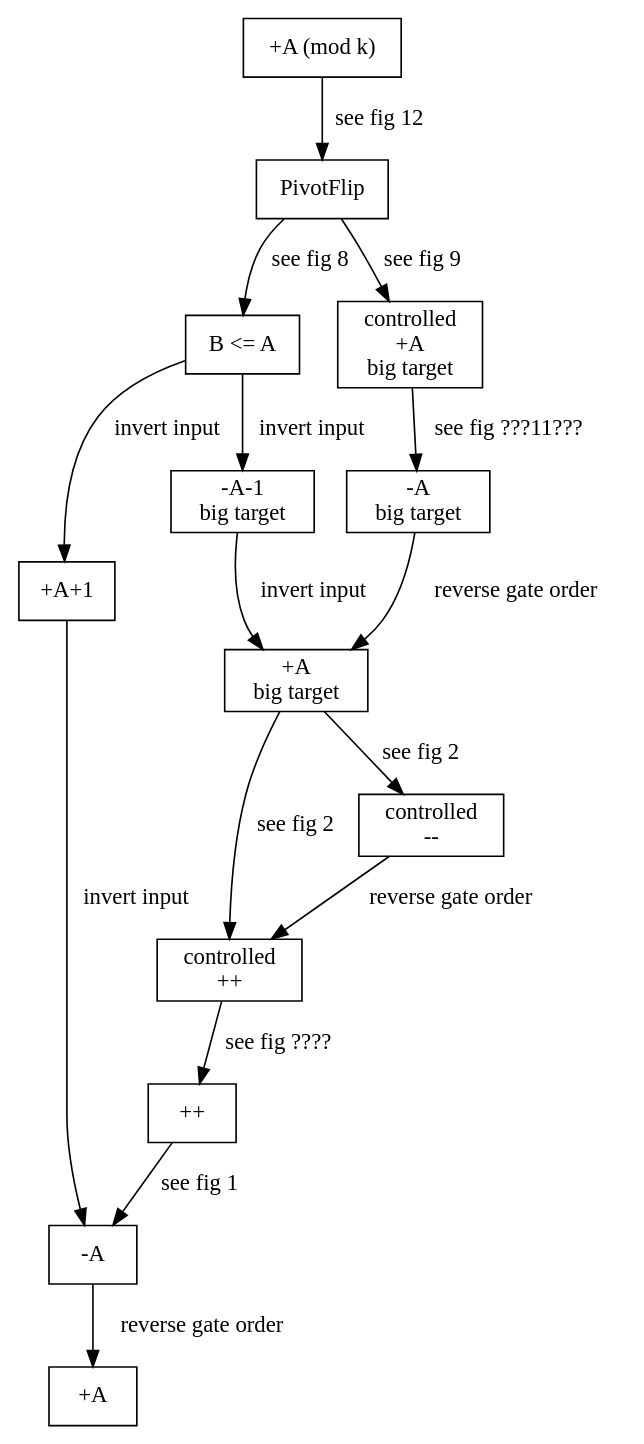
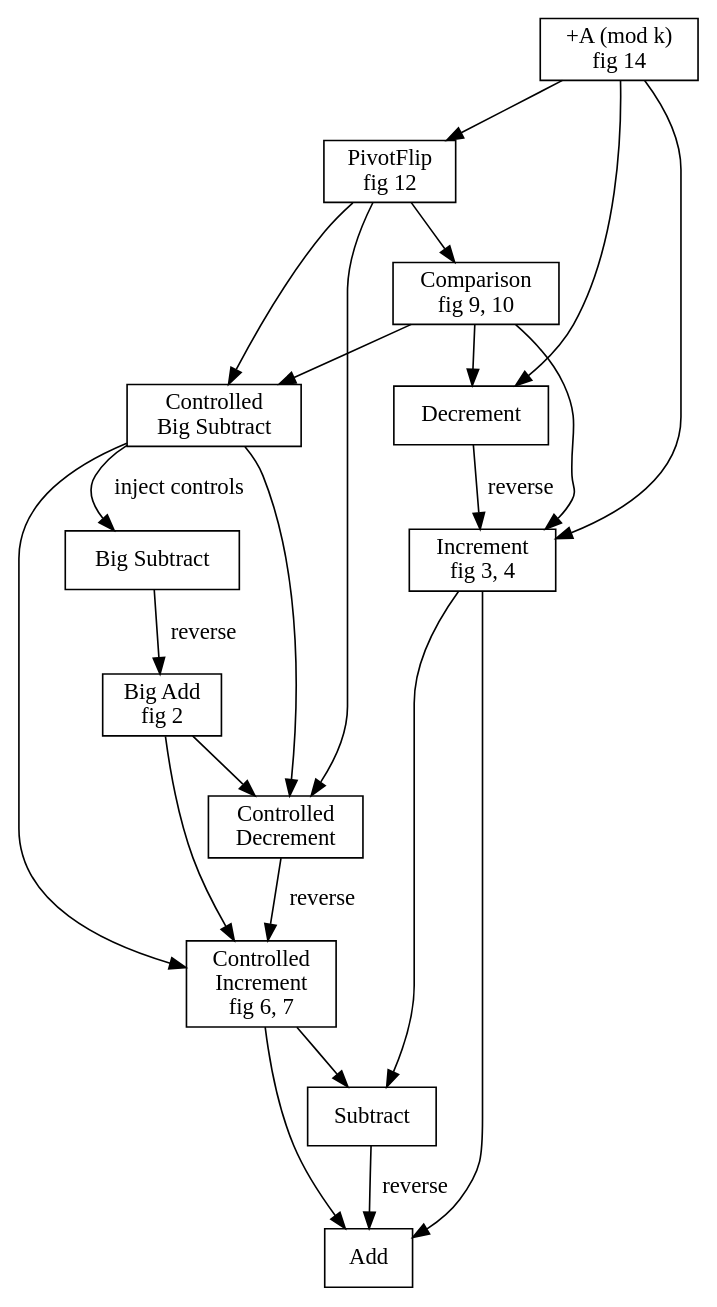
One commit to Strilanc/PaperImpl-2017-DirtyPeriodFinding changed the diagram in modular-add-graph.gv. Above: the diagram before and after it, drawn with Graphviz. The commit also changed other lines of this file and 8 other files, not shown here.

```diff
--- a/modular-add-graph.gv
+++ b/modular-add-graph.gv
@@ -1,61 +1,60 @@
 digraph G {
   node [shape=box]
-  ModularAddition [label="+A (mod k)"]
-  PivotFlip [label="PivotFlip"]
-  LessOrEqual [label="B <= A"]
-  AddAndIncrement [label="+A+1"]
-  Subtract [label="-A"]
-  Add [label="+A"]
-  ControlledBigSubtract [label="controlled\n+A\nbig target"]
-  BigSubtract [label="-A\nbig target"]
-  BigAdd [label="+A\nbig target"]
-  ControlledIncrement [label="controlled\n++"]
-  ControlledDecrement [label="controlled\n--"]
-  Increment [label="++"]
-  BigSubtractAndDecrement [label="-A-1\nbig target"]
+  ModularAddition [label="+A (mod k)\nfig 14"]
+  PivotFlip [label="PivotFlip\nfig 12"]
+  LessOrEqual [label="Comparison\nfig 9, 10"]
+  Subtract [label="Subtract"]
+  Add [label="Add"]
+  ControlledBigSubtract [label="Controlled\nBig Subtract"]
+  BigSubtract [label="Big Subtract"]
+  BigAdd [label="Big Add\nfig 2"]
+  ControlledIncrement [label="Controlled\nIncrement\nfig 6, 7"]
+  ControlledDecrement [label="Controlled\nDecrement"]
+  Increment [label="Increment\nfig 3, 4"]
+  Decrement [label="Decrement"]
  
-  edge [label="see fig 12"]
+  edge [label=""]
   ModularAddition -> PivotFlip;
+  ModularAddition -> Increment;
+  ModularAddition -> Decrement;
+
+  edge [label="reverse"]
+  Decrement -> Increment
   
-  edge [label="see fig 8"]
+  edge [label=""]
   PivotFlip -> LessOrEqual;
+  PivotFlip -> ControlledBigSubtract;
+  PivotFlip -> ControlledDecrement;
   
-  edge [label="see fig 9"]
-  PivotFlip -> ControlledBigSubtract;
+  edge [label=""]
+  LessOrEqual -> ControlledBigSubtract
+  LessOrEqual -> Increment;
+  LessOrEqual -> Decrement;
   
-  edge [label="invert input"]
-  LessOrEqual -> AddAndIncrement;
-  
-  edge [label="invert input"]
-  LessOrEqual -> BigSubtractAndDecrement
-  
-  edge [label="invert input"]
-  AddAndIncrement -> Subtract;
-  
-  edge [label="reverse gate order"]
+  edge [label="reverse"]
   Subtract -> Add;
   
-  edge [label="see fig ???11???"]
-  ControlledBigSubtract-> BigSubtract;
+  edge [label="inject controls"]
+  ControlledBigSubtract -> BigSubtract;
+  edge [label=""]
+  ControlledBigSubtract -> ControlledIncrement;
+  ControlledBigSubtract -> ControlledDecrement;
   
-  edge [label="reverse gate order"]
-  BigSubtract -> BigAdd;
-  
-  edge [label="see fig 2"]
+  edge [label=""]
+  BigAdd -> ControlledDecrement;
   BigAdd -> ControlledIncrement;
   
-  edge [label="see fig 2"]
-  BigAdd -> ControlledDecrement;
+  edge [label=""]
+  ControlledIncrement -> Add;
+  ControlledIncrement -> Subtract;
   
-  edge [label="see fig ????"]
-  ControlledIncrement -> Increment;
-  
-  edge [label="see fig 1"]
+  edge [label=""]
+  Increment -> Add;
   Increment -> Subtract;
   
-  edge [label="reverse gate order"]
+  edge [label="reverse"]
   ControlledDecrement -> ControlledIncrement;
   
-  edge [label="invert input"]
-  BigSubtractAndDecrement -> BigAdd;
-} 
+  edge [label="reverse"]
+  BigSubtract -> BigAdd;
+}
```
